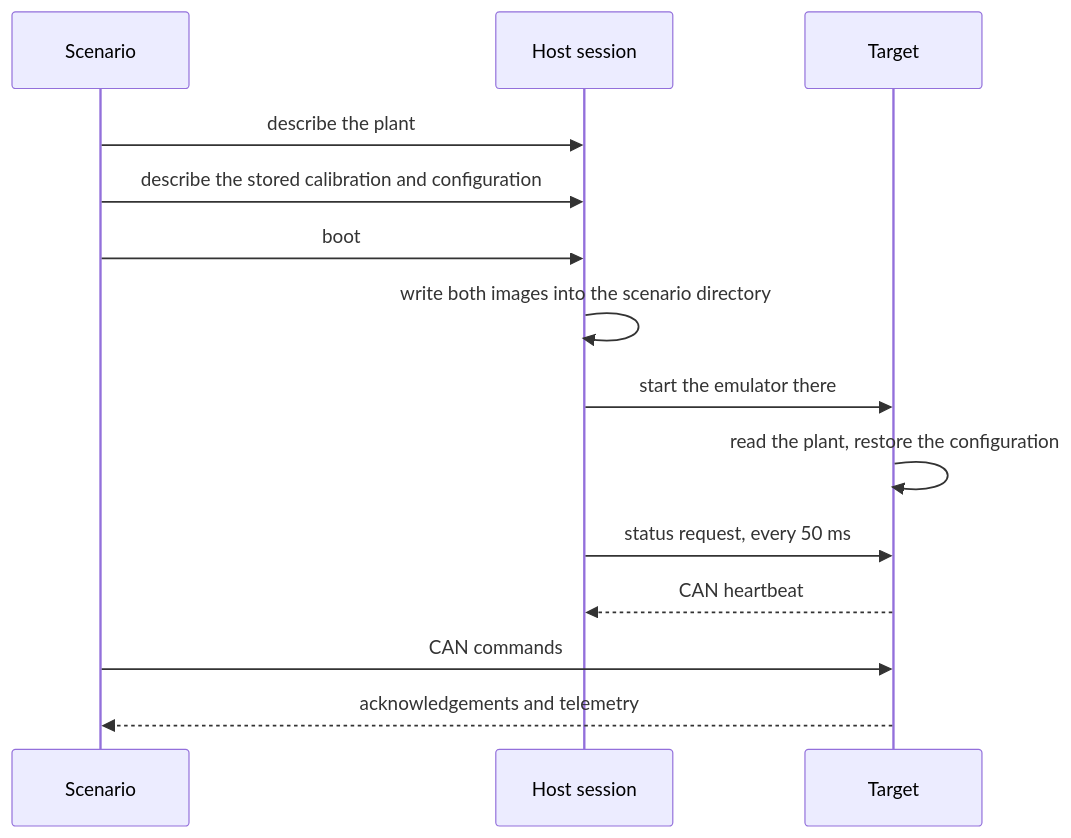
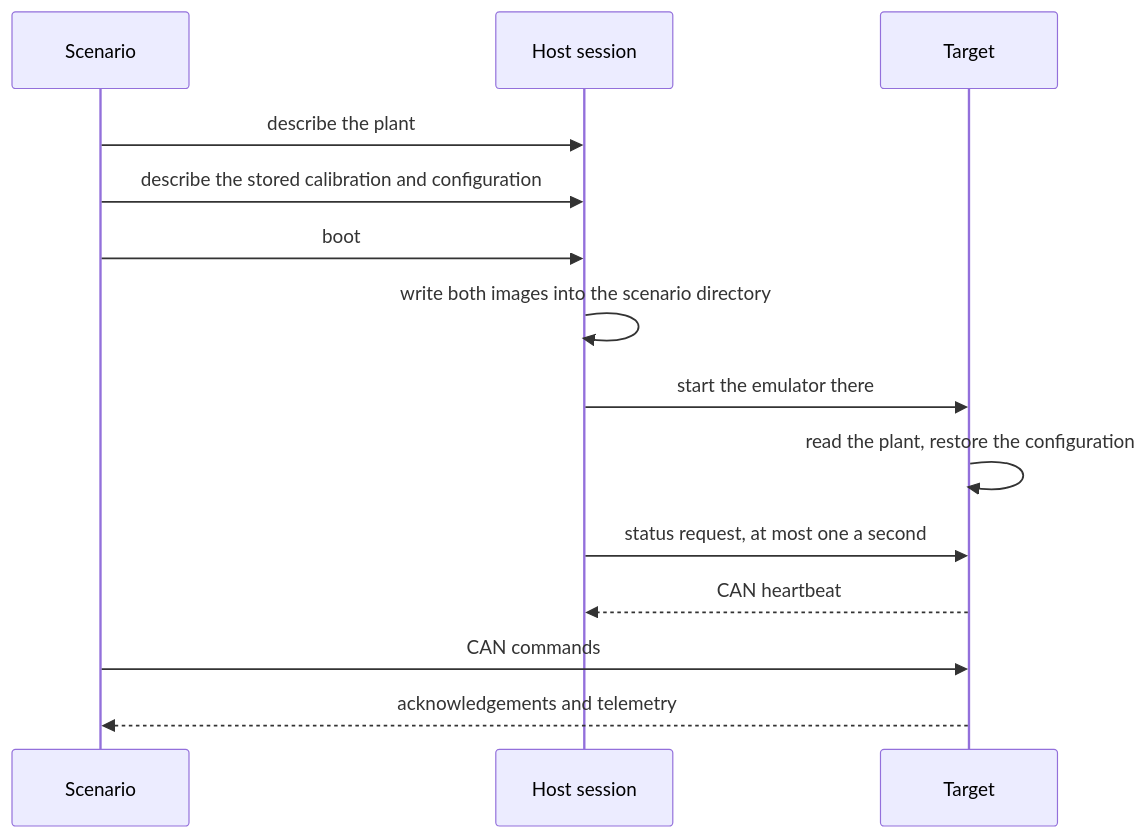
Before and after one commit to embedded-pro/e-foc: the second of 6 diagrams in documentation/design/software-in-the-loop.md, drawn with Mermaid. The commit also changed other lines of this file and 3 other files, not shown here.

First line of the commit message:
test(integration): send a status request at most once a second while waiting for a node

````diff
--- a/documentation/design/software-in-the-loop.md
+++ b/documentation/design/software-in-the-loop.md
@@ -147,16 +147,16 @@
 ```mermaid
 sequenceDiagram
     participant S as Scenario
     participant H as Host session
     participant T as Target
     S->>H: describe the plant
     S->>H: describe the stored calibration and configuration
     S->>H: boot
     H->>H: write both images into the scenario directory
     H->>T: start the emulator there
     T->>T: read the plant, restore the configuration
-    H->>T: status request, every 50 ms
+    H->>T: status request, at most one a second
     T-->>H: CAN heartbeat
     S->>T: CAN commands
     T-->>S: acknowledgements and telemetry
 ```
````
